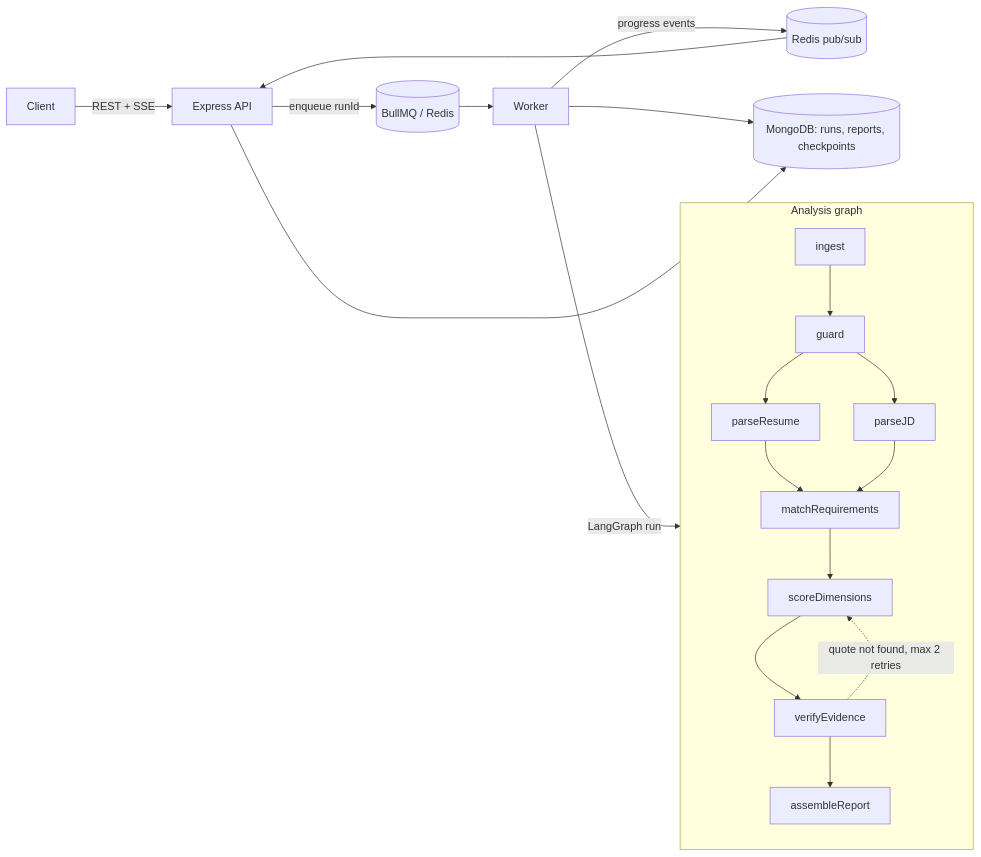
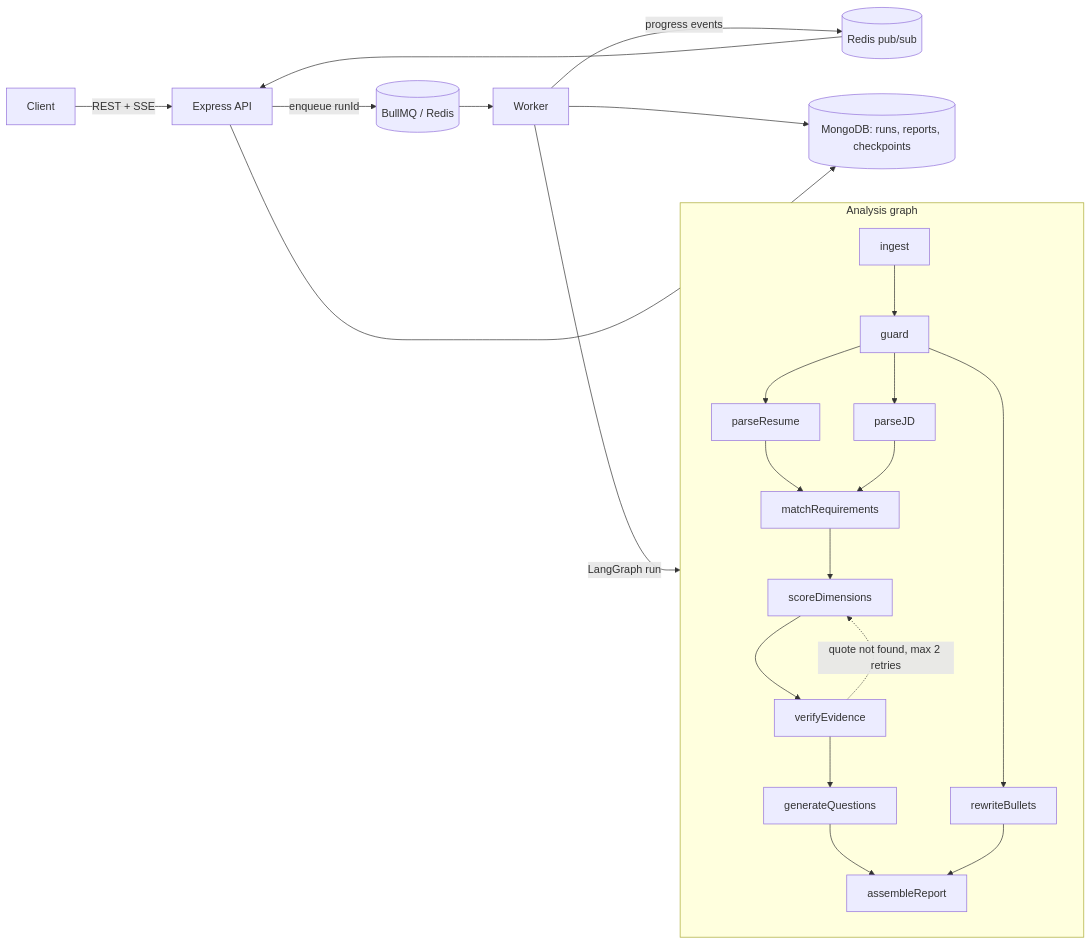
The diagram in README.md (FRDesai/ResumeAnalysis), drawn with Mermaid before and after one commit. The commit also changed other lines of this file and 44 other files, not shown here.

````diff
--- a/README.md
+++ b/README.md
@@ -10,16 +10,17 @@
 ```mermaid
 flowchart LR
   Client -->|REST + SSE| API[Express API]
   API -->|enqueue runId| Q[(BullMQ / Redis)]
   Q --> W[Worker]
   W -->|LangGraph run| G
   W -->|progress events| PS[(Redis pub/sub)] --> API
   W --> M[(MongoDB: runs, reports, checkpoints)]
   API --> M
 
   subgraph G[Analysis graph]
     ingest --> guard --> parseResume & parseJD --> matchRequirements --> scoreDimensions --> verifyEvidence
     verifyEvidence -.->|quote not found, max 2 retries| scoreDimensions
-    verifyEvidence --> assembleReport
+    verifyEvidence --> generateQuestions --> assembleReport
+    guard --> rewriteBullets --> assembleReport
   end
 ```
````
